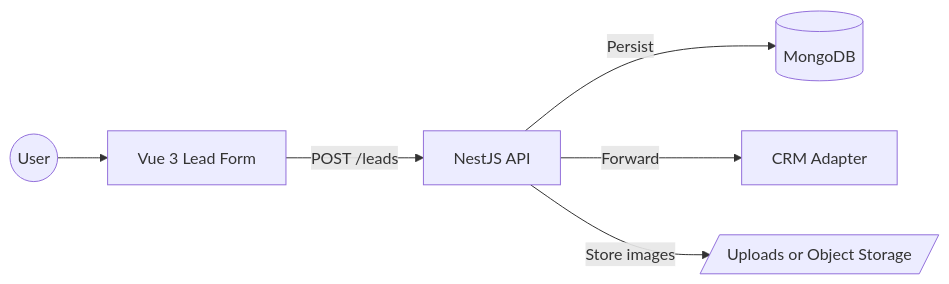
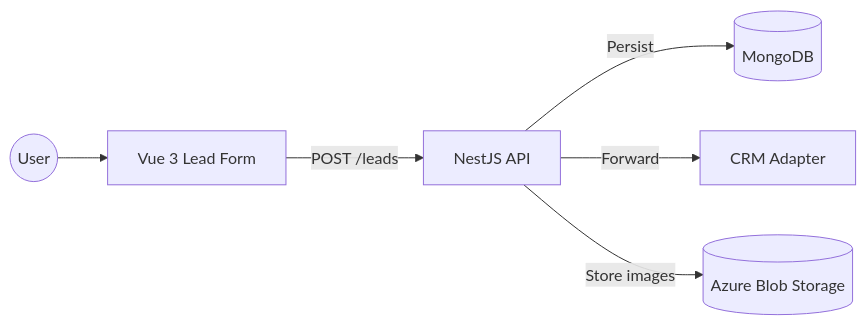
Before and after one commit to NonStopMan/vamo-heatos: the diagram in docs/architecture/README.md, drawn with Mermaid. The commit also changed other lines of this file and 8 other files, not shown here.

````diff
--- a/docs/architecture/README.md
+++ b/docs/architecture/README.md
@@ -9,8 +10,8 @@
 ```mermaid
 flowchart LR
   User((User)) --> Web[Vue 3 Lead Form]
   Web -->|POST /leads| API[NestJS API]
   API -->|Persist| Mongo[(MongoDB)]
   API -->|Forward| CRM[CRM Adapter]
-  API -->|Store images| Uploads[/Uploads or Object Storage/]
+  API -->|Store images| Blob[(Azure Blob Storage)]
 ```
````
